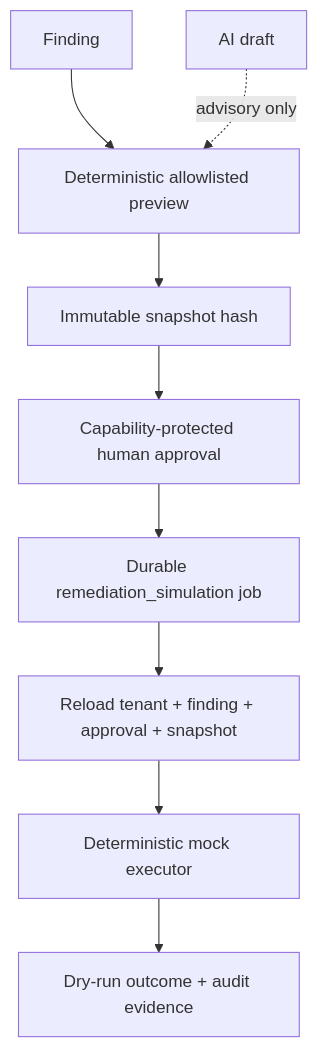
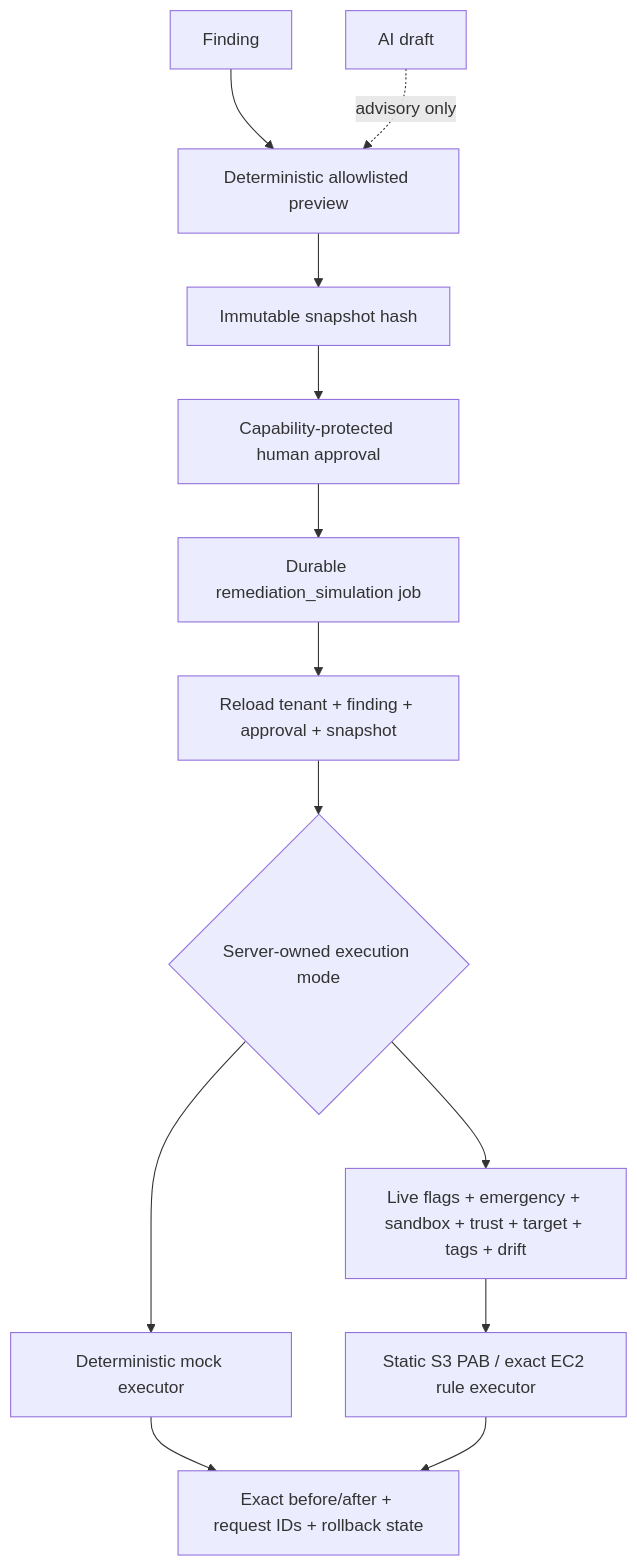
Before and after one commit to cloudops-project/CloudOps: the sixth of 9 diagrams in architecture.md, drawn with Mermaid. The commit also changed other lines of this file and 10 other files, not shown here.

Commit message:
docs(remediation): add live AWS sandbox runbook

````diff
--- a/architecture.md
+++ b/architecture.md
@@ -159,11 +159,15 @@
 ```mermaid
 flowchart TD
   Finding --> Preview["Deterministic allowlisted preview"]
   Preview --> Snapshot["Immutable snapshot hash"]
   Snapshot --> Approval["Capability-protected human approval"]
   Approval --> Job["Durable remediation_simulation job"]
   Job --> Revalidate["Reload tenant + finding + approval + snapshot"]
-  Revalidate --> Mock["Deterministic mock executor"]
+  Revalidate --> Select{"Server-owned execution mode"}
+  Select --> Mock["Deterministic mock executor"]
+  Select --> Gates["Live flags + emergency + sandbox + trust + target + tags + drift"]
+  Gates --> AWS["Static S3 PAB / exact EC2 rule executor"]
   Mock --> Evidence["Dry-run outcome + audit evidence"]
+  AWS --> Evidence["Exact before/after + request IDs + rollback state"]
   AI["AI draft"] -. advisory only .-> Preview
 ```
````
